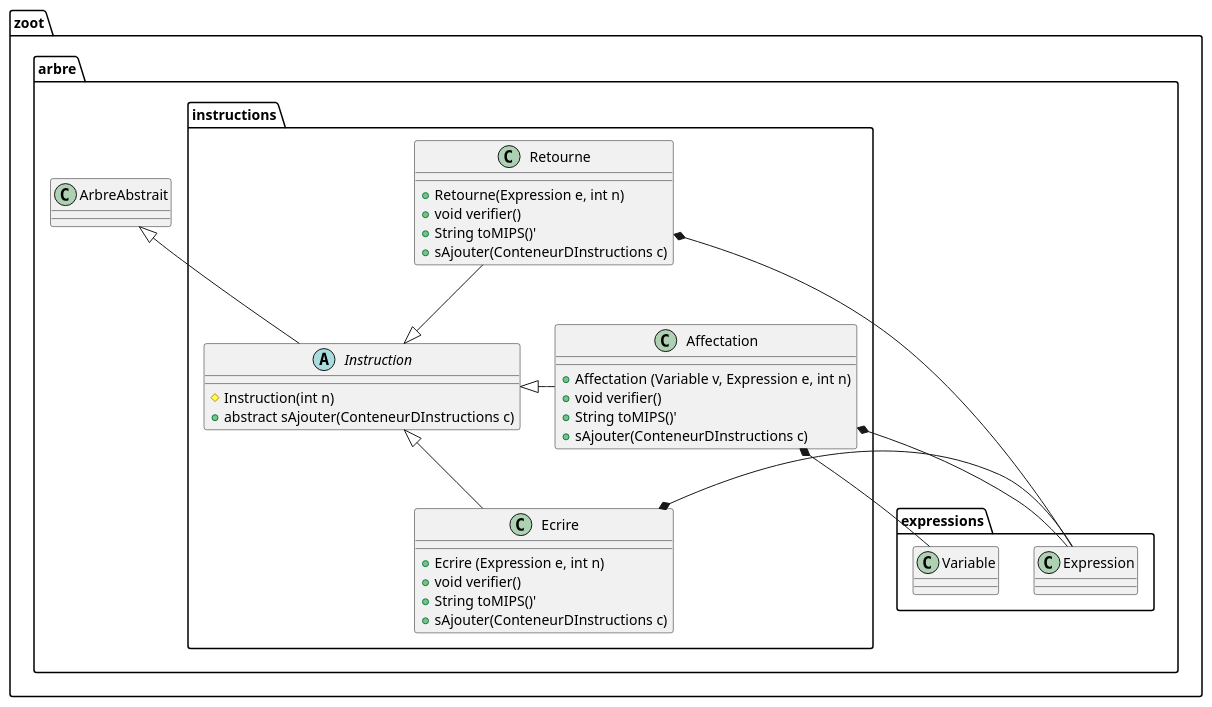
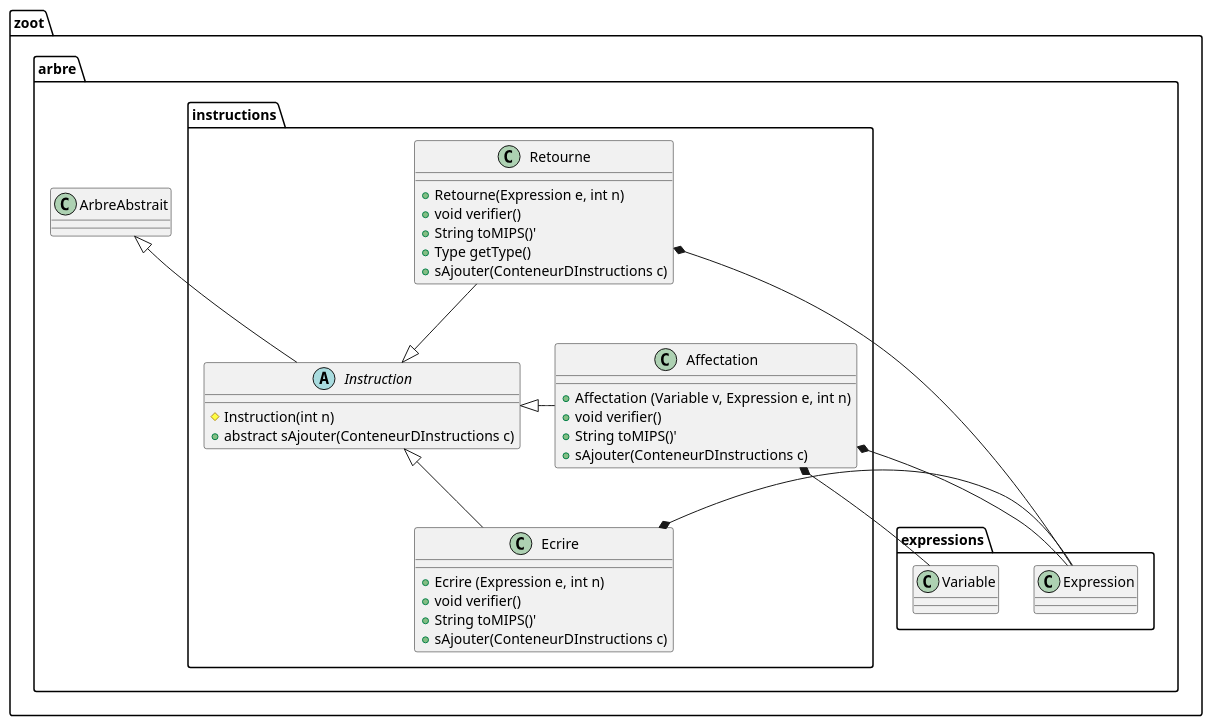
The diagram in diagrammes/classe/instructions.puml (lmtb06/zoot), drawn with PlantUML before and after one commit. The commit also changed 11 other files, not shown here.

```diff
--- a/diagrammes/classe/instructions.puml
+++ b/diagrammes/classe/instructions.puml
@@ -1,43 +1,44 @@
 @startuml "Package instructions"
 
 namespace zoot.arbre.instructions {
     ' Includes
     ' Classes
     class Ecrire {
         + Ecrire (Expression e, int n)
         + void verifier()
         + String toMIPS()'
         + sAjouter(ConteneurDInstructions c)
     }
 
     class Affectation {
         + Affectation (Variable v, Expression e, int n)
         + void verifier()
         + String toMIPS()'
         + sAjouter(ConteneurDInstructions c)
     }
 
     class Retourne {
         + Retourne(Expression e, int n)
         + void verifier()
         + String toMIPS()'
+        + Type getType()
         + sAjouter(ConteneurDInstructions c)
     }
 
     abstract class Instruction {
         # Instruction(int n)
         + abstract sAjouter(ConteneurDInstructions c)
     }
     
     ' Relations entre les classes
     Ecrire -up-|> Instruction
     Ecrire *-right- zoot.arbre.expressions.Expression
     Instruction -up-|> zoot.arbre.ArbreAbstrait
     Affectation -right-|> Instruction
     Affectation *-- zoot.arbre.expressions.Variable
     Affectation *-down- zoot.arbre.expressions.Expression
     Retourne *-- zoot.arbre.expressions.Expression
     Retourne --|> Instruction
 }
 
 @enduml
```
